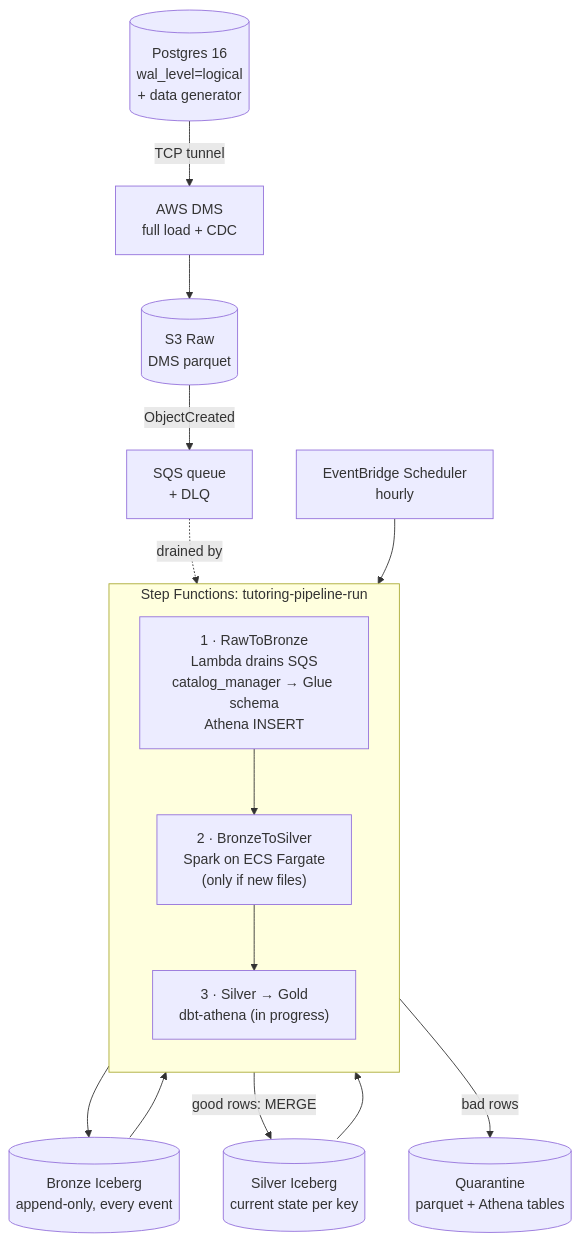
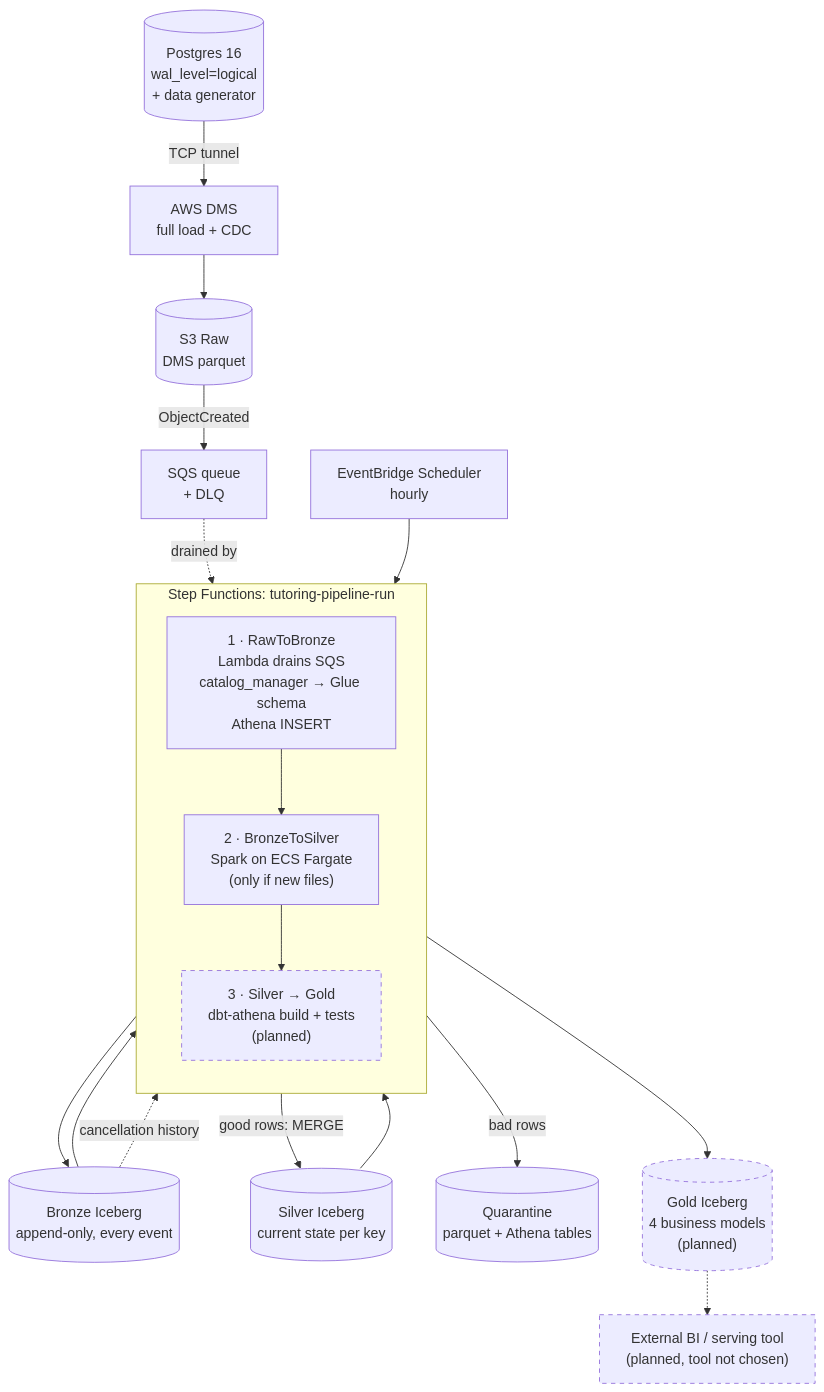
One commit to Yehiahesham86/stock_pipeline_aws changed the diagram in README.md. Above: the diagram before and after it, drawn with Mermaid. The commit also changed other lines of this file, not shown here.

First line of the commit message:
Revise Gold layer and add Serving layer plans

````diff
--- a/README.md
+++ b/README.md
@@ -48,23 +48,29 @@
 ```mermaid
 flowchart TD
     PG[("Postgres 16<br/>wal_level=logical<br/>+ data generator")] -->|TCP tunnel| DMS["AWS DMS<br/>full load + CDC"]
     DMS --> RAW[("S3 Raw<br/>DMS parquet")]
     RAW -->|ObjectCreated| SQS["SQS queue<br/>+ DLQ"]
 
     SCH["EventBridge Scheduler<br/>hourly"] --> SFN
 
     subgraph SFN["Step Functions: tutoring-pipeline-run"]
         direction TB
         L["1 · RawToBronze<br/>Lambda drains SQS<br/>catalog_manager → Glue schema<br/>Athena INSERT"]
         S["2 · BronzeToSilver<br/>Spark on ECS Fargate<br/>(only if new files)"]
-        G["3 · Silver → Gold<br/>dbt-athena (in progress)"]
+        G["3 · Silver → Gold<br/>dbt-athena build + tests<br/>(planned)"]
         L --> S --> G
     end
 
     SQS -.->|drained by| L
     L --> BR[("Bronze Iceberg<br/>append-only, every event")]
     BR --> S
     S -->|good rows: MERGE| SI[("Silver Iceberg<br/>current state per key")]
     S -->|bad rows| Q[("Quarantine<br/>parquet + Athena tables")]
     SI --> G
+    BR -.->|cancellation history| G
+    G --> GO[("Gold Iceberg<br/>4 business models<br/>(planned)")]
+    GO -.-> EXT["External BI / serving tool<br/>(planned, tool not chosen)"]
+
+    classDef planned stroke-dasharray: 5 5;
+    class G,GO,EXT planned
 ```
````
